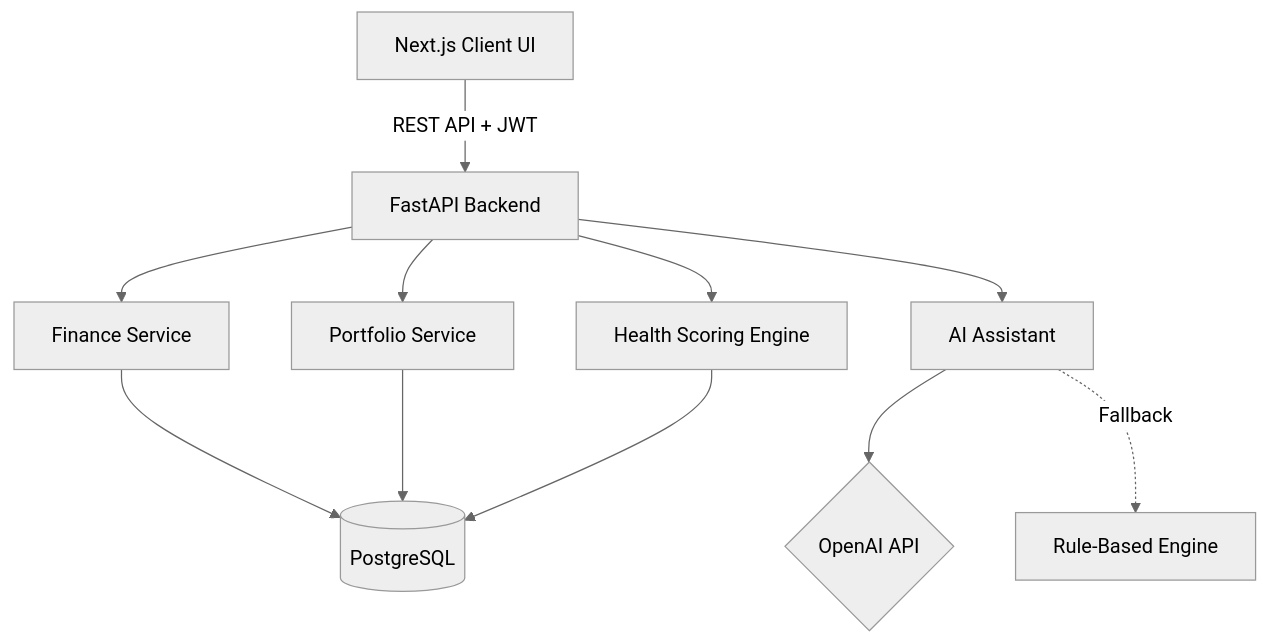
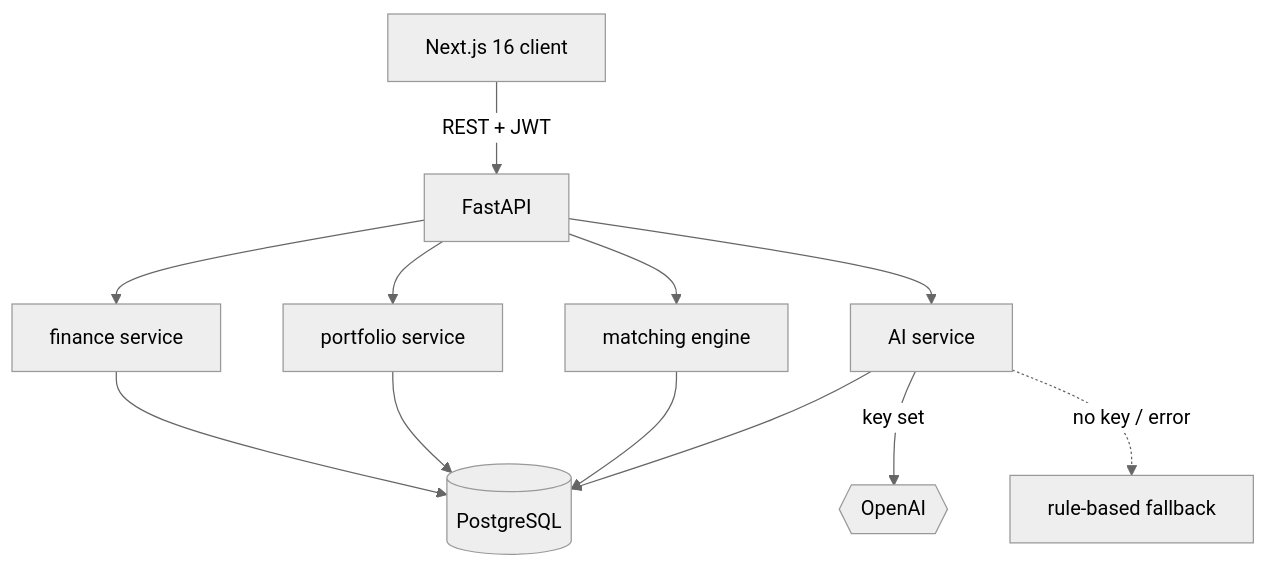
The first of 2 diagrams in exchange/README.md (yigitsarpavci/trading-platform), drawn with Mermaid (neutral theme) before and after one commit. The commit also changed other lines of this file, not shown here.

````diff
--- a/exchange/README.md
+++ b/exchange/README.md
@@ -106,21 +50,14 @@
 ```mermaid
 graph TD
-    Client[Next.js Client UI] -->|REST API + JWT| API[FastAPI Backend]
-    
-    subapi_finance[Finance Service]
-    subapi_portfolio[Portfolio Service]
-    subapi_scoring[Health Scoring Engine]
-    subapi_ai[AI Assistant]
-
-    API --> subapi_finance
-    API --> subapi_portfolio
-    API --> subapi_scoring
-    API --> subapi_ai
-
-    subapi_finance --> DB[(PostgreSQL)]
-    subapi_portfolio --> DB
-    subapi_scoring --> DB
-    
-    subapi_ai --> LLM{OpenAI API}
-    subapi_ai -.Fallback.-> Rules[Rule-Based Engine]
+    UI["Next.js 16 client"] -->|REST + JWT| API["FastAPI"]
+    API --> FIN["finance service"]
+    API --> PORT["portfolio service"]
+    API --> TRADE["matching engine"]
+    API --> AI["AI service"]
+    FIN --> DB[(PostgreSQL)]
+    PORT --> DB
+    TRADE --> DB
+    AI --> DB
+    AI -->|key set| LLM{{"OpenAI"}}
+    AI -.->|no key / error| RULES["rule-based fallback"]
 ```
````
